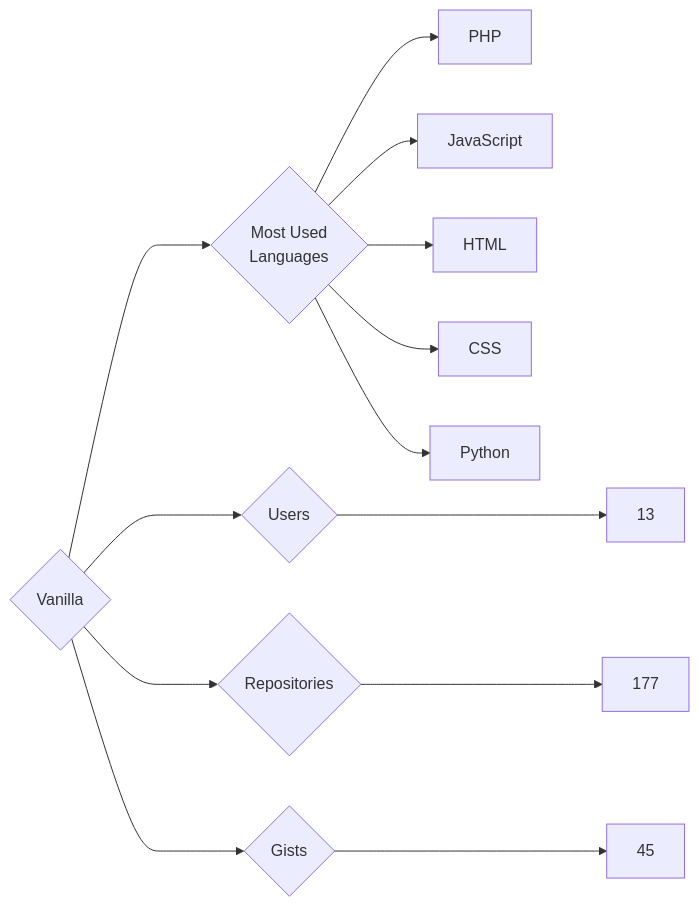
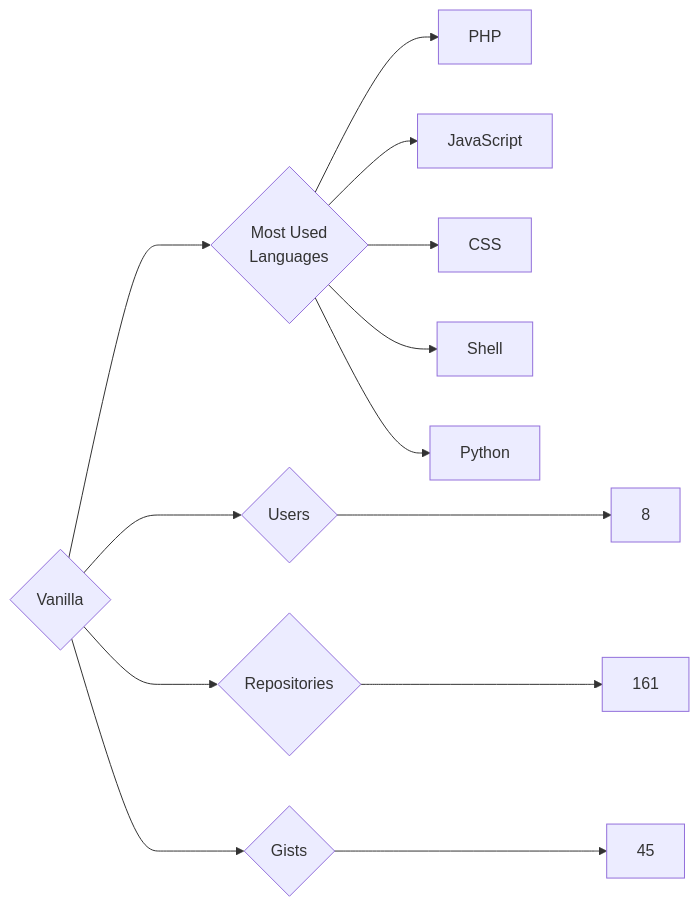
The diagram in targets/Vanilla/README.md (trickest/insiders), drawn with Mermaid before and after one commit. The commit also changed 972 other files, not shown here.

````diff
--- a/targets/Vanilla/README.md
+++ b/targets/Vanilla/README.md
@@ -3,13 +3,13 @@
 ```mermaid
 graph LR
 COMPANY_NAME{Vanilla}
-COMPANY_NAME ---> U{Users} ---> UN[13]
-COMPANY_NAME ---> R{Repositories} ---> RN[177]
+COMPANY_NAME ---> U{Users} ---> UN[8]
+COMPANY_NAME ---> R{Repositories} ---> RN[161]
 COMPANY_NAME ---> G{Gists} ---> GN[45]
 COMPANY_NAME ---> ML{Most Used<br>Languages}
 ML --> PHP[PHP]
 ML --> JavaScript[JavaScript]
-ML --> HTML[HTML]
 ML --> CSS[CSS]
+ML --> Shell[Shell]
 ML --> Python[Python]
 ```
````
